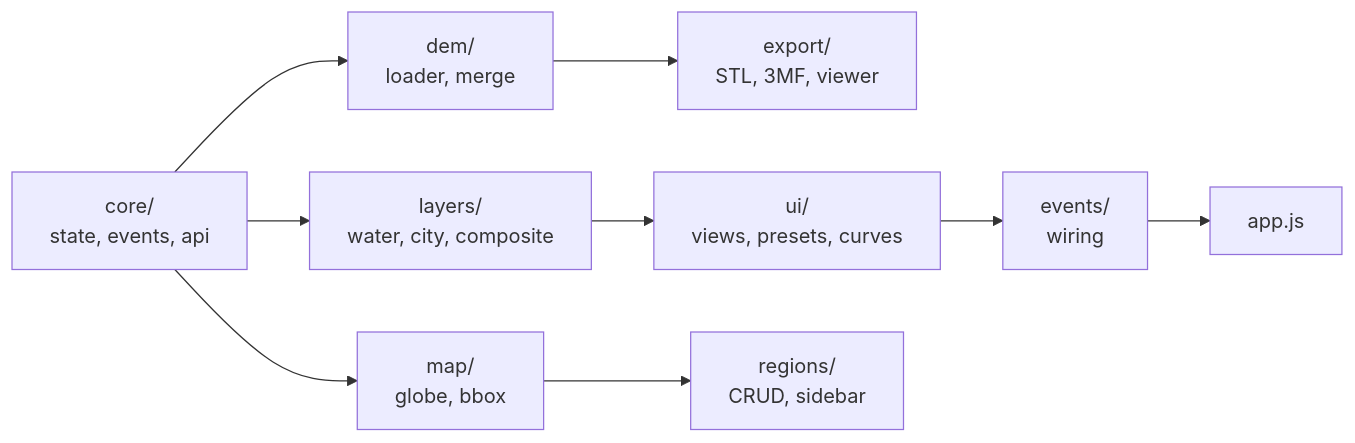
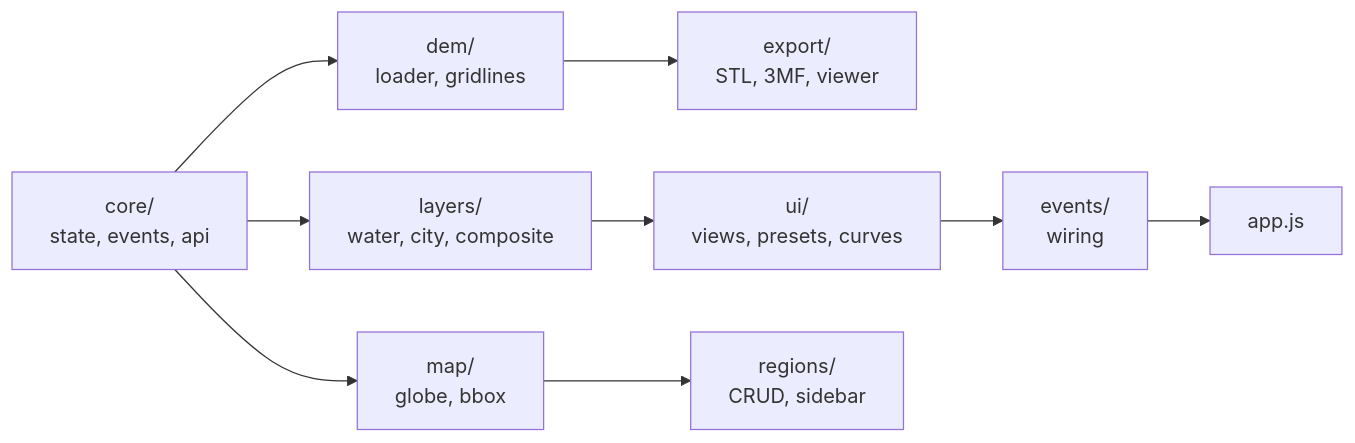
One commit to EdgarCardenasDeLaHoz/map2stl changed the first of 3 diagrams in docs/modules.md. Above: the diagram before and after it, drawn with Mermaid. The commit also changed other lines of this file and 17 other files, not shown here.

````diff
--- a/docs/modules.md
+++ b/docs/modules.md
@@ -11,11 +11,11 @@
 ```mermaid
 flowchart LR
-    CORE["core/<br/>state, events, api"] --> DEM["dem/<br/>loader, merge"]
+    CORE["core/<br/>state, events, api"] --> DEM["dem/<br/>loader, gridlines"]
     CORE --> LAYERS["layers/<br/>water, city, composite"]
     CORE --> MAP["map/<br/>globe, bbox"]
     DEM --> EXPORT["export/<br/>STL, 3MF, viewer"]
     LAYERS --> UI["ui/<br/>views, presets, curves"]
     MAP --> REGIONS["regions/<br/>CRUD, sidebar"]
     UI --> EVENTS["events/<br/>wiring"]
     EVENTS --> APP["app.js"]
 ```
````
